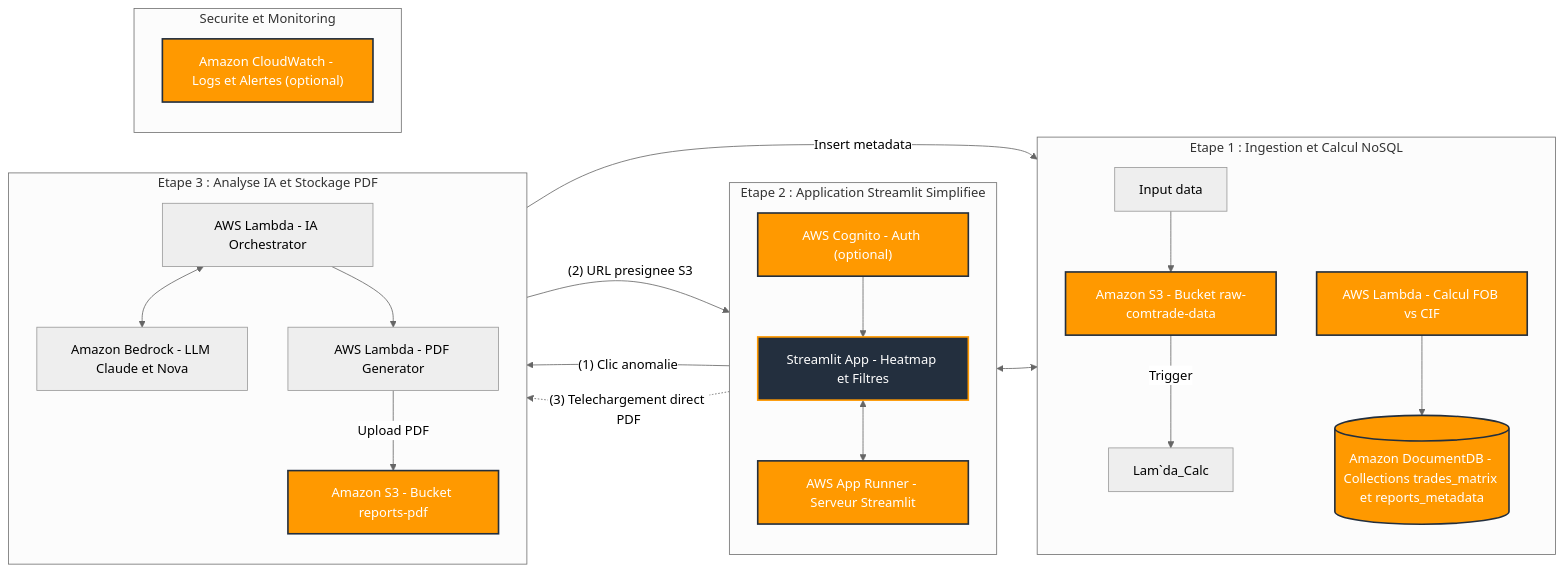
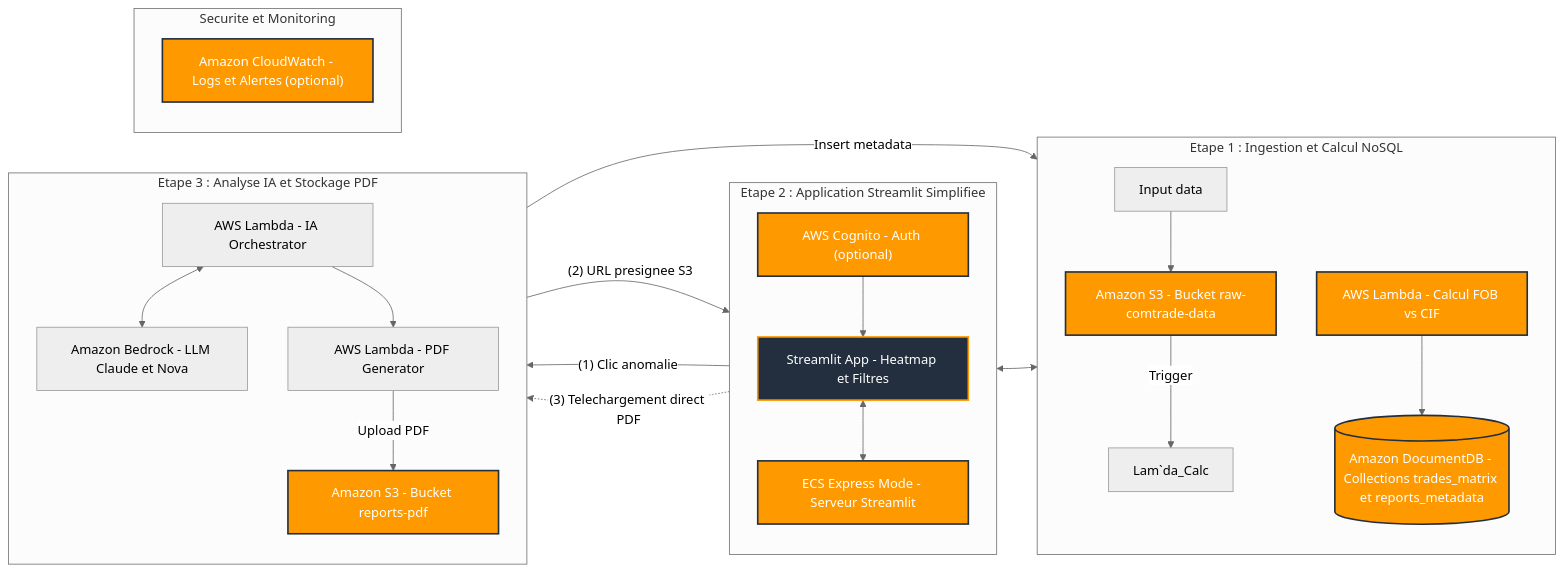
The diagram in architecture.md (Aymen-Belkacem/Cloudsys-project), drawn with Mermaid (neutral theme) before and after one commit.

Commit message:
fix: replaced app runner by ECS express mode in architecture

````diff
--- a/architecture.md
+++ b/architecture.md
@@ -1,57 +1,57 @@
 ```mermaid
 graph LR
     subgraph DataPipeline ["Etape 1 : Ingestion et Calcul NoSQL"]
         direction TB
         InputData["Input data"]
         S3_Raw["Amazon S3 - Bucket raw-comtrade-data"]
         Lambda_Calc["AWS Lambda - Calcul FOB vs CIF"]
         %% Rules["Regles Anomalies : FOB plus grand que CIF ou Gap plus grand que 35%"]
         DocDB[("Amazon DocumentDB - Collections trades_matrix et reports_metadata")]
 
         InputData --> S3_Raw
         S3_Raw -- Trigger --> Lam`da_Calc
         %% Lambda_ETL --> Lambda_Calc
         Lambda_Calc --> DocDB
         %% Rules -.-> Lambda_Calc
     end
 
     subgraph AppBackend ["Etape 2 : Application Streamlit Simplifiee"]
         direction TB
         Cognito["AWS Cognito - Auth (optional)"]
         UI["Streamlit App - Heatmap et Filtres"]
-        AppRunner["AWS App Runner - Serveur Streamlit"]
+        AppRunner["ECS Express Mode - Serveur Streamlit"]
 
         Cognito --> UI
         UI <--> AppRunner
         AppRunner <--> DocDB
     end
 
     subgraph AIGeneration ["Etape 3 : Analyse IA et Stockage PDF"]
         direction TB
         Lambda_AI["AWS Lambda - IA Orchestrator"]
         Bedrock["Amazon Bedrock - LLM Claude et Nova"]
         Lambda_PDF["AWS Lambda - PDF Generator"]
         S3_Reports["Amazon S3 - Bucket reports-pdf"]
 
         Lambda_AI <--> Bedrock
         Lambda_AI --> Lambda_PDF
         Lambda_PDF -- "Upload PDF" --> S3_Reports
         Lambda_PDF -- "Insert metadata" --> DocDB
     end
 
     subgraph Transversal ["Securite et Monitoring"]
         direction TB
         CloudWatch["Amazon CloudWatch - Logs et Alertes (optional)"]
     end
 
     AppRunner -- "(1) Clic anomalie" --> Lambda_AI
     Lambda_PDF -- "(2) URL presignee S3" --> AppRunner
     UI -. "(3) Telechargement direct PDF" .-> S3_Reports
 
     classDef aws fill:#FF9900,stroke:#232F3E,stroke-width:2px,color:#FFFFFF;
     classDef client fill:#232F3E,stroke:#FF9900,stroke-width:2px,color:#FFFFFF;
     classDef ai fill:#147EBA,stroke:#232F3E,stroke-width:2px,color:#FFFFFF;
 
     class S3_Raw,S3_Reports,Lambda_Calc,DocDB,Cognito,CloudWatch,AppRunner aws;
     class UI client;
 ```
````
